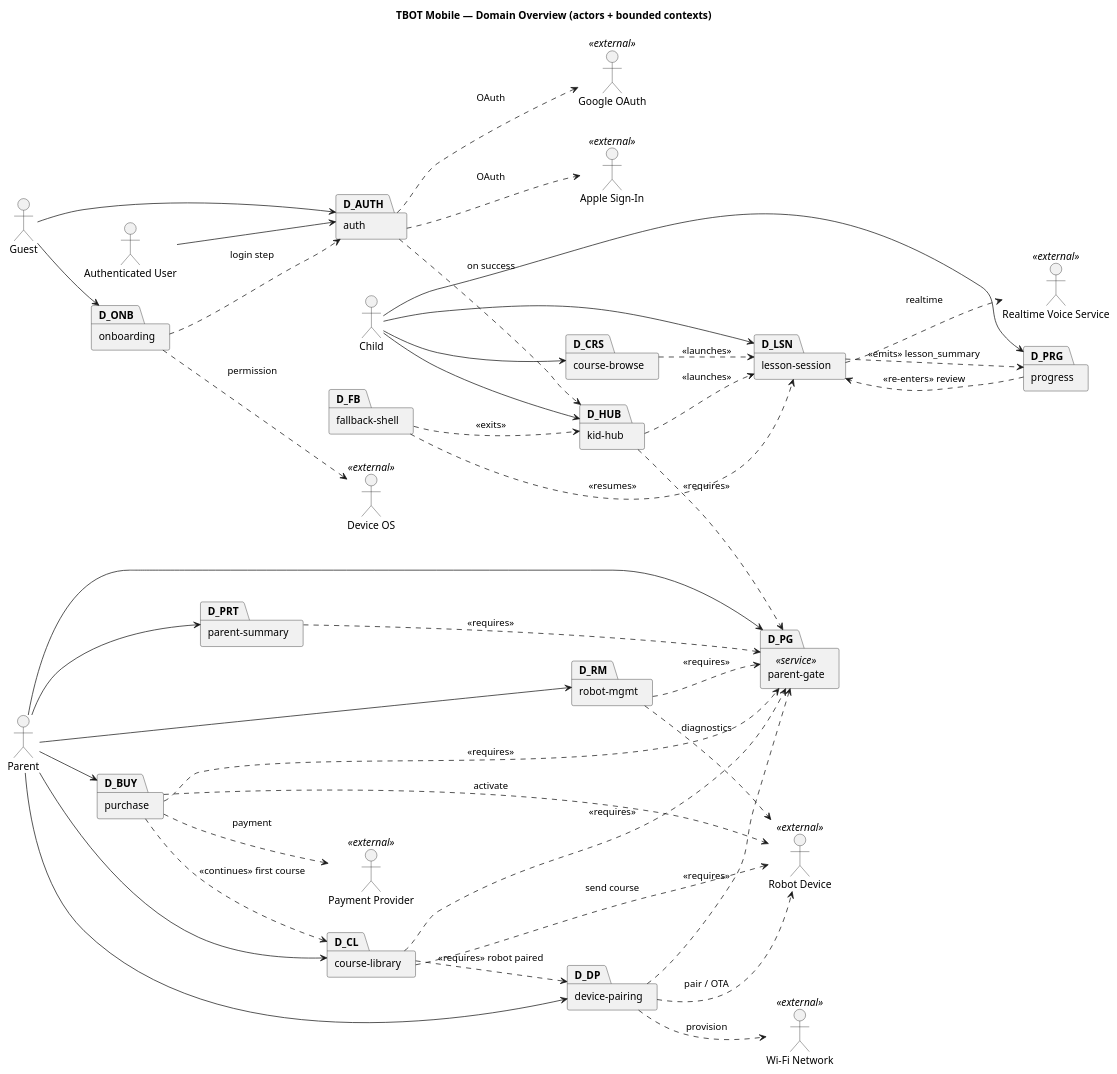
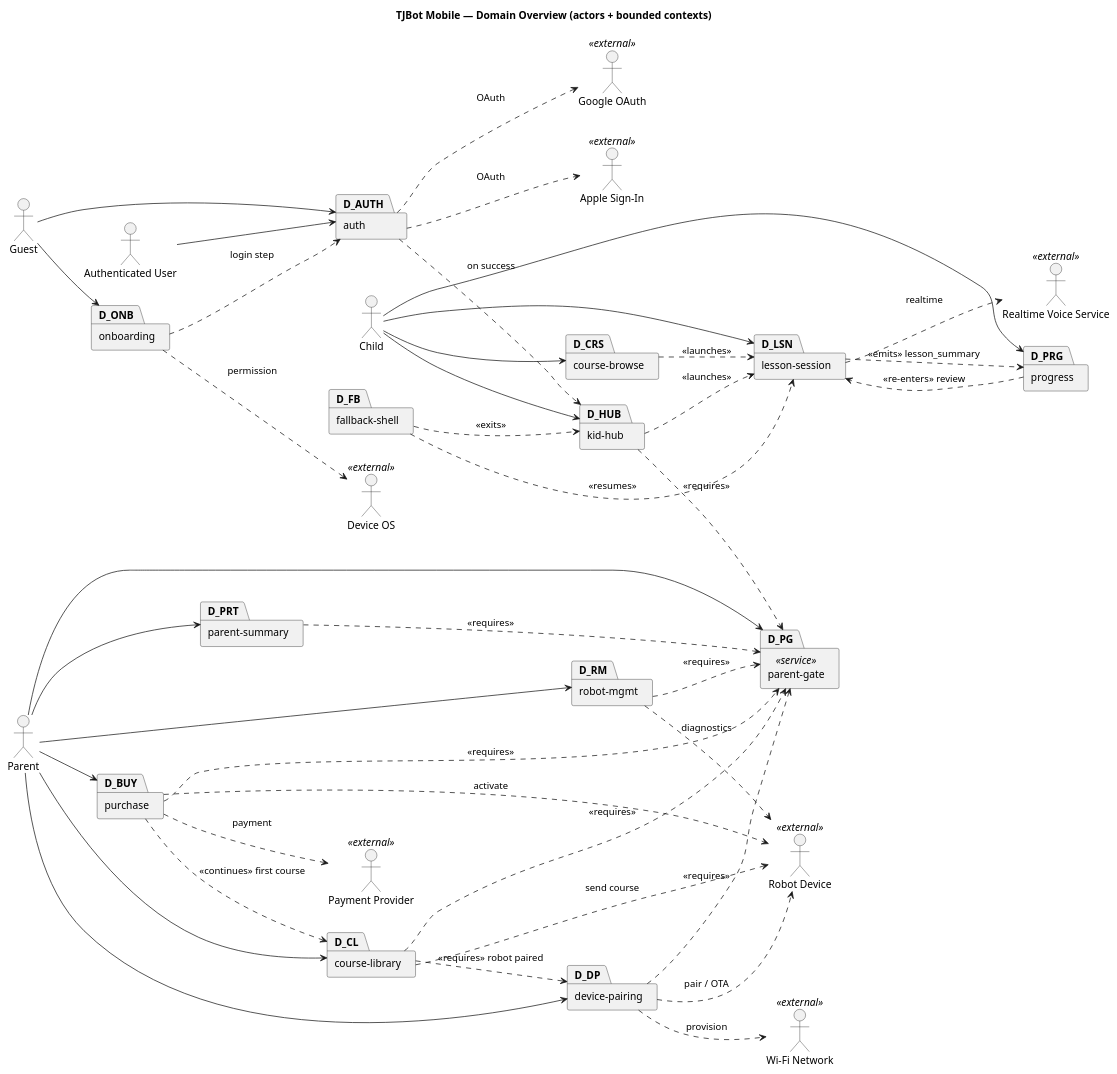
The diagram in migrate-ui-ux-to-mobile-app-docs/usecases/diagrams/overview.puml (JSR-Algo/TJBOT-Mobile), drawn with PlantUML before and after one commit. The commit also changed 752 other files, not shown here.

First line of the commit message:
chore(mobile): make TJBotMobile the canonical mobile target

```diff
--- a/migrate-ui-ux-to-mobile-app-docs/usecases/diagrams/overview.puml
+++ b/migrate-ui-ux-to-mobile-app-docs/usecases/diagrams/overview.puml
@@ -1,79 +1,79 @@
-@startuml TBOT-Overview
-title TBOT Mobile — Domain Overview (actors + bounded contexts)
+@startuml TJBot-Overview
+title TJBot Mobile — Domain Overview (actors + bounded contexts)
 left to right direction
 skinparam packageStyle rectangle
 
 ' ===== ACTORS =====
 actor Guest
 actor "Authenticated User" as AuthUser
 actor Child
 actor Parent
 actor "Robot Device" as Robot <<external>>
 actor "Realtime Voice Service" as Voice <<external>>
 actor "Google OAuth" as Google <<external>>
 actor "Apple Sign-In" as Apple <<external>>
 actor "Payment Provider" as Pay <<external>>
 actor "Device OS" as OS <<external>>
 actor "Wi-Fi Network" as WiFi <<external>>
 
 ' ===== DOMAIN BOUNDARIES =====
 package "auth"           as D_AUTH
 package "onboarding"     as D_ONB
 package "kid-hub"        as D_HUB
 package "course-browse"  as D_CRS
 package "lesson-session" as D_LSN
 package "progress"       as D_PRG
 package "parent-gate"    as D_PG  <<service>>
 package "parent-summary" as D_PRT
 package "course-library" as D_CL
 package "purchase"       as D_BUY
 package "device-pairing" as D_DP
 package "robot-mgmt"     as D_RM
 package "fallback-shell" as D_FB
 
 ' ===== ACTOR-TO-DOMAIN ENTRY EDGES =====
 Guest    --> D_AUTH
 Guest    --> D_ONB
 AuthUser --> D_AUTH
 Child    --> D_HUB
 Child    --> D_CRS
 Child    --> D_LSN
 Child    --> D_PRG
 Parent   --> D_PG
 Parent   --> D_PRT
 Parent   --> D_CL
 Parent   --> D_BUY
 Parent   --> D_DP
 Parent   --> D_RM
 
 ' ===== EXTERNAL DELEGATIONS =====
 D_AUTH ..> Google : OAuth
 D_AUTH ..> Apple  : OAuth
 D_ONB  ..> OS     : permission
 D_LSN  ..> Voice  : realtime
 D_BUY  ..> Pay    : payment
 D_BUY  ..> Robot  : activate
 D_CL   ..> Robot  : send course
 D_DP   ..> Robot  : pair / OTA
 D_DP   ..> WiFi   : provision
 D_RM   ..> Robot  : diagnostics
 
 ' ===== CROSS-DOMAIN HANDOFF EDGES (gate / lifecycle) =====
 D_HUB  ..> D_PG    : <<requires>>
 D_PRT  ..> D_PG    : <<requires>>
 D_CL   ..> D_PG    : <<requires>>
 D_BUY  ..> D_PG    : <<requires>>
 D_DP   ..> D_PG    : <<requires>>
 D_RM   ..> D_PG    : <<requires>>
 D_LSN  ..> D_PRG   : <<emits>> lesson_summary
 D_CRS  ..> D_LSN   : <<launches>>
 D_HUB  ..> D_LSN   : <<launches>>
 D_BUY  ..> D_CL    : <<continues>> first course
 D_CL   ..> D_DP    : <<requires>> robot paired
 D_PRG  ..> D_LSN   : <<re-enters>> review
 D_FB   ..> D_LSN   : <<resumes>>
 D_FB   ..> D_HUB   : <<exits>>
 D_ONB  ..> D_AUTH  : login step
 D_AUTH ..> D_HUB   : on success
 
 @enduml
```
